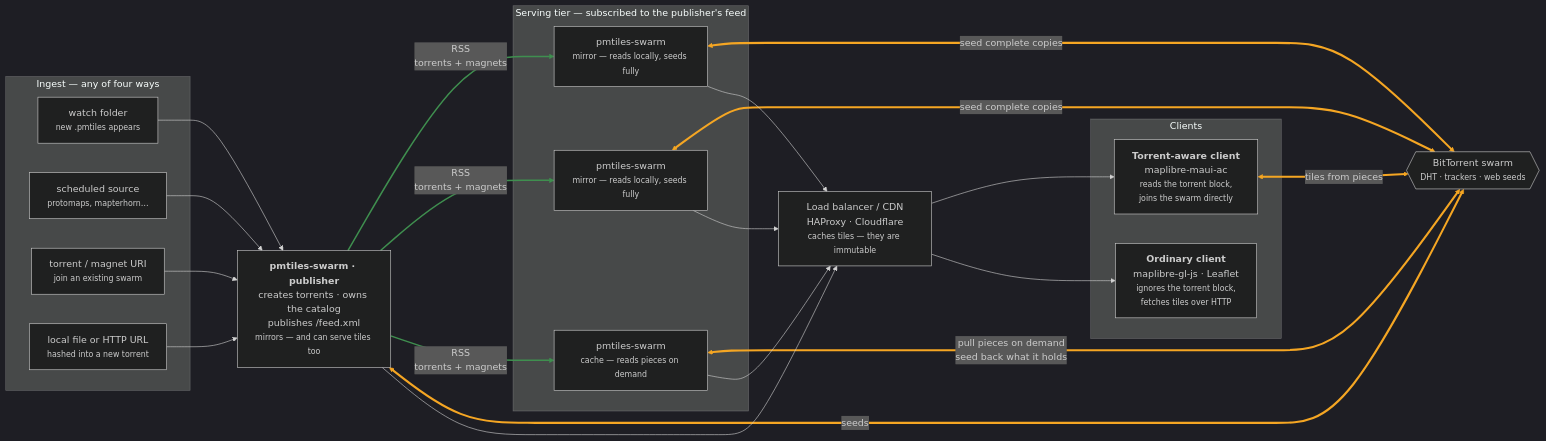
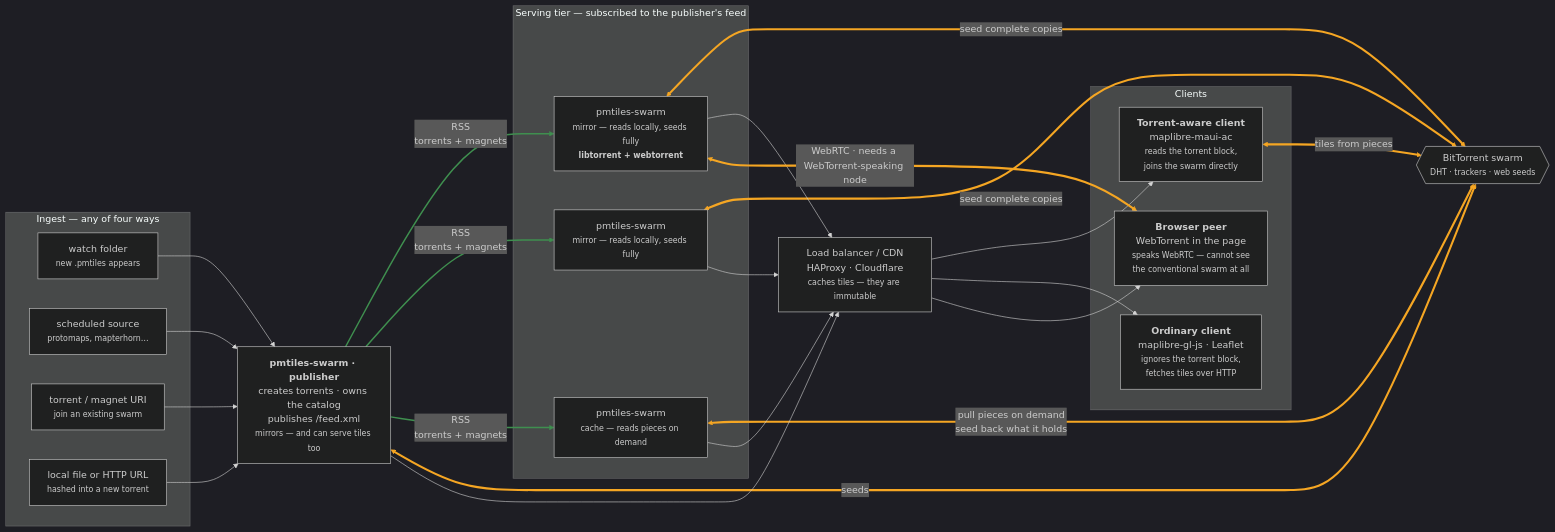
Before and after one commit to TechIdiots-LLC/pmtiles-swarm: the first of 4 diagrams in docs/architecture-diagram.md, drawn with Mermaid (dark theme). The commit also changed other lines of this file and 4 other files, not shown here.

````diff
--- a/docs/architecture-diagram.md
+++ b/docs/architecture-diagram.md
@@ -29,44 +29,46 @@
 ```mermaid
 %%{init: {"flowchart": {"rankSpacing": 80, "nodeSpacing": 50}}}%%
 graph LR
     subgraph IN["Ingest — any of four ways"]
         F1["watch folder<br/><small>new .pmtiles appears</small>"]
         F2["scheduled source<br/><small>protomaps, mapterhorn…</small>"]
         F3["torrent / magnet URI<br/><small>join an existing swarm</small>"]
         F4["local file or HTTP URL<br/><small>hashed into a new torrent</small>"]
     end
 
     F1 & F2 & F3 & F4 --> PRI
 
     PRI["<b>pmtiles-swarm · publisher</b><br/>creates torrents · owns the catalog<br/>publishes /feed.xml<br/><small>mirrors — and can serve tiles too</small>"]
 
     PRI -->|"RSS<br/>torrents + magnets"| S1 & S2 & S3
 
     subgraph SEC["Serving tier — subscribed to the publisher's feed"]
-        S1["pmtiles-swarm<br/><small>mirror — reads locally, seeds fully</small>"]
+        S1["pmtiles-swarm<br/><small>mirror — reads locally, seeds fully</small><br/><small><b>libtorrent + webtorrent</b></small>"]
         S2["pmtiles-swarm<br/><small>mirror — reads locally, seeds fully</small>"]
         S3["pmtiles-swarm<br/><small>cache — reads pieces on demand</small>"]
     end
 
     BT{{"BitTorrent swarm<br/><small>DHT · trackers · web seeds</small>"}}
 
     PRI <==>|"seeds"| BT
     S1 & S2 <==>|"seed complete copies"| BT
     S3 <==>|"pull pieces on demand<br/>seed back what it holds"| BT
 
     PRI --> LB
     S1 & S2 & S3 --> LB["Load balancer / CDN<br/>HAProxy · Cloudflare<br/><small>caches tiles — they are immutable</small>"]
 
-    LB --> C1 & C2
+    LB --> C1 & C2 & C3
 
     subgraph CL["Clients"]
         C1["<b>Torrent-aware client</b><br/>maplibre-maui-ac<br/><small>reads the torrent block,<br/>joins the swarm directly</small>"]
         C2["<b>Ordinary client</b><br/>maplibre-gl-js · Leaflet<br/><small>ignores the torrent block,<br/>fetches tiles over HTTP</small>"]
+        C3["<b>Browser peer</b><br/>WebTorrent in the page<br/><small>speaks WebRTC — cannot see<br/>the conventional swarm at all</small>"]
     end
 
     C1 <==>|"tiles from pieces"| BT
+    C3 <==>|"WebRTC · needs a WebTorrent-speaking node"| S1
 
-    %% 4-6 = RSS distribution, 7-10 and 17 = BitTorrent, rest = HTTP
+    %% 4-6 = RSS distribution, 7-10, 18-19 = BitTorrent, rest = HTTP
     linkStyle 4,5,6 stroke:#3F8F4F,stroke-width:2.5px;
-    linkStyle 7,8,9,10,17 stroke:#F5A623,stroke-width:3.5px;
+    linkStyle 7,8,9,10,18,19 stroke:#F5A623,stroke-width:3.5px;
 ```
````
